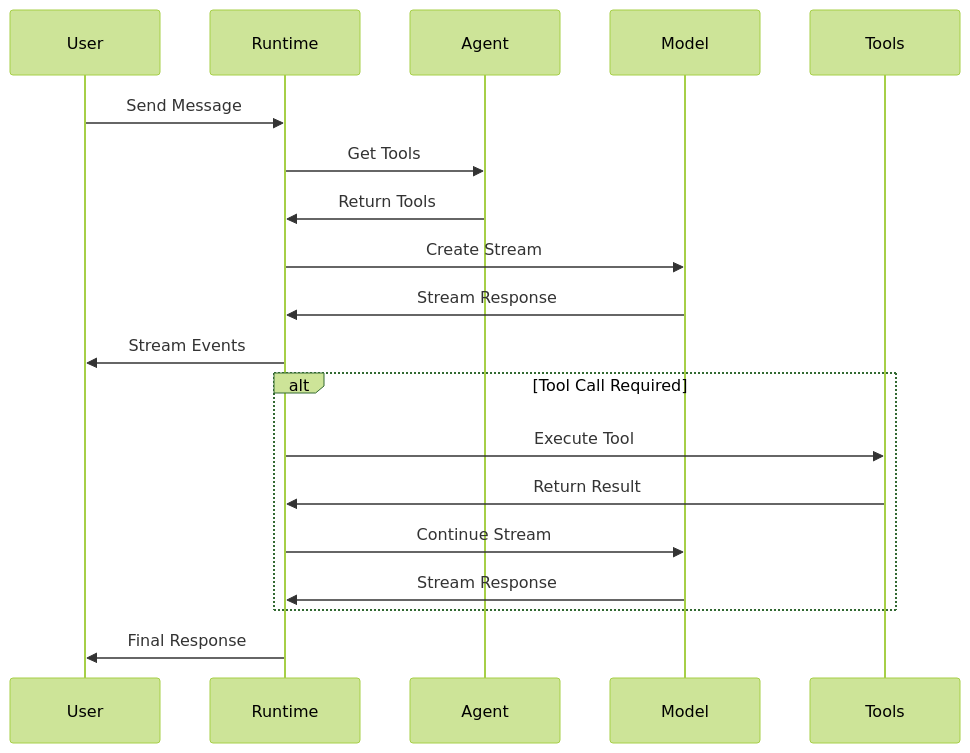
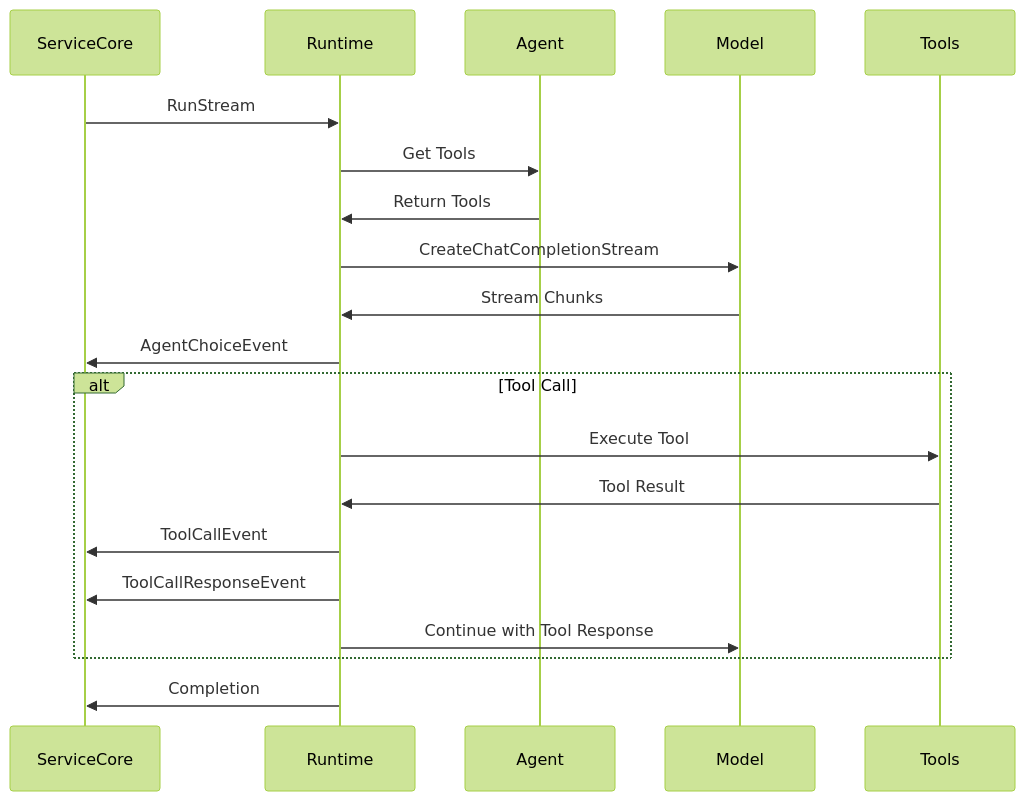
One commit to vvoland/cagent changed the third of 12 diagrams in docs/architecture.md. Above: the diagram before and after it, drawn with Mermaid (forest theme). The commit also changed other lines of this file, not shown here.

Commit message:
Update architecture docs

````diff
--- a/docs/architecture.md
+++ b/docs/architecture.md
@@ -150,24 +174,25 @@
 ```mermaid
 sequenceDiagram
-    participant User
+    participant ServiceCore
     participant Runtime
     participant Agent
     participant Model
     participant Tools
 
-    User->>Runtime: Send Message
+    ServiceCore->>Runtime: RunStream
     Runtime->>Agent: Get Tools
     Agent->>Runtime: Return Tools
-    Runtime->>Model: Create Stream
-    Model->>Runtime: Stream Response
-    Runtime->>User: Stream Events
+    Runtime->>Model: CreateChatCompletionStream
+    Model->>Runtime: Stream Chunks
+    Runtime->>ServiceCore: AgentChoiceEvent
 
-    alt Tool Call Required
+    alt Tool Call
         Runtime->>Tools: Execute Tool
-        Tools->>Runtime: Return Result
-        Runtime->>Model: Continue Stream
-        Model->>Runtime: Stream Response
+        Tools->>Runtime: Tool Result
+        Runtime->>ServiceCore: ToolCallEvent
+        Runtime->>ServiceCore: ToolCallResponseEvent
+        Runtime->>Model: Continue with Tool Response
     end
 
-    Runtime->>User: Final Response
+    Runtime->>ServiceCore: Completion
 ```
````
